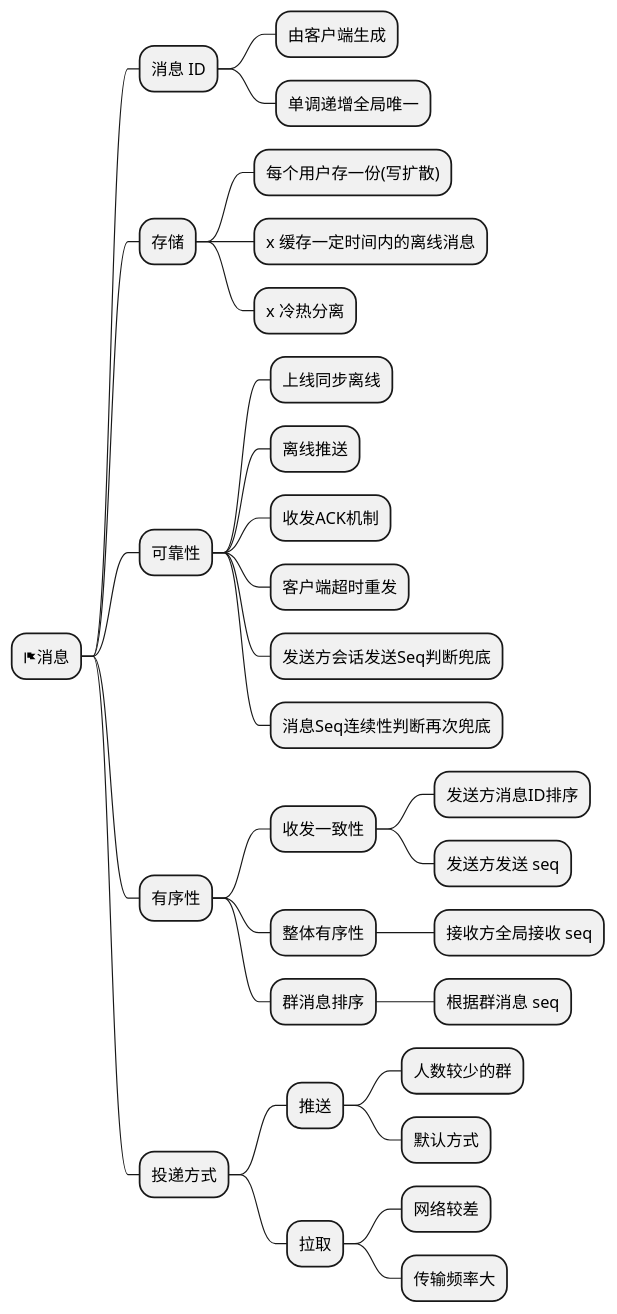
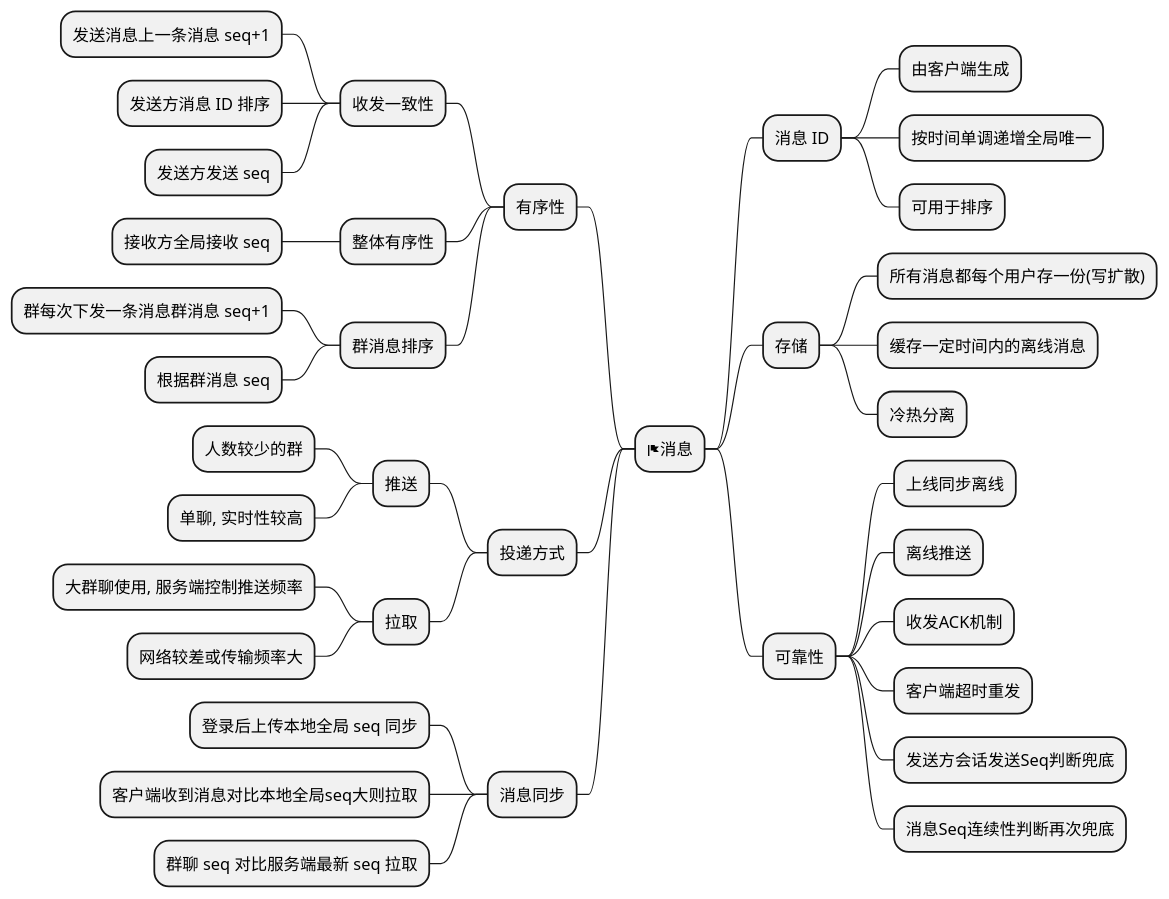
Before and after one commit to glide-im/glide-im: the diagram in doc/puml/arch/message_feature.puml, drawn with PlantUML. The commit also changed 14 other files, not shown here.

```diff
--- a/doc/puml/arch/message_feature.puml
+++ b/doc/puml/arch/message_feature.puml
@@ -1,35 +1,46 @@
 @startmindmap
 'https://plantuml.com/mindmap-diagram
 
 * <&flag>消息
-    ** 消息 ID
-        *** 由客户端生成
-        *** 单调递增全局唯一
-    ** 存储
-        *** 每个用户存一份(写扩散)
-        *** x 缓存一定时间内的离线消息
-        *** x 冷热分离
-    ** 可靠性
-        *** 上线同步离线
-        *** 离线推送
-        *** 收发ACK机制
-        *** 客户端超时重发
-        *** 发送方会话发送Seq判断兜底
-        *** 消息Seq连续性判断再次兜底
-    ** 有序性
-        *** 收发一致性
-            **** 发送方消息ID排序
-            **** 发送方发送 seq
-        *** 整体有序性
-            **** 接收方全局接收 seq
-        *** 群消息排序
-            **** 根据群消息 seq
-    ** 投递方式
-        *** 推送
-            **** 人数较少的群
-            **** 默认方式
-        *** 拉取
-            **** 网络较差
-            **** 传输频率大
+
+** 消息 ID
+    *** 由客户端生成
+    *** 按时间单调递增全局唯一
+    *** 可用于排序
+** 存储
+    *** 所有消息都每个用户存一份(写扩散)
+    *** 缓存一定时间内的离线消息
+    *** 冷热分离
+** 可靠性
+    *** 上线同步离线
+    *** 离线推送
+    *** 收发ACK机制
+    *** 客户端超时重发
+    *** 发送方会话发送Seq判断兜底
+    *** 消息Seq连续性判断再次兜底
+
+left side
+
+** 有序性
+    *** 收发一致性
+        **** 发送消息上一条消息 seq+1
+        **** 发送方消息 ID 排序
+        **** 发送方发送 seq
+    *** 整体有序性
+        **** 接收方全局接收 seq
+    *** 群消息排序
+        **** 群每次下发一条消息群消息 seq+1
+        **** 根据群消息 seq
+** 投递方式
+    *** 推送
+        **** 人数较少的群
+        **** 单聊, 实时性较高
+    *** 拉取
+        **** 大群聊使用, 服务端控制推送频率
+        **** 网络较差或传输频率大
+** 消息同步
+    *** 登录后上传本地全局 seq 同步
+    *** 客户端收到消息对比本地全局seq大则拉取
+    *** 群聊 seq 对比服务端最新 seq 拉取
 
 @endmindmap
```
